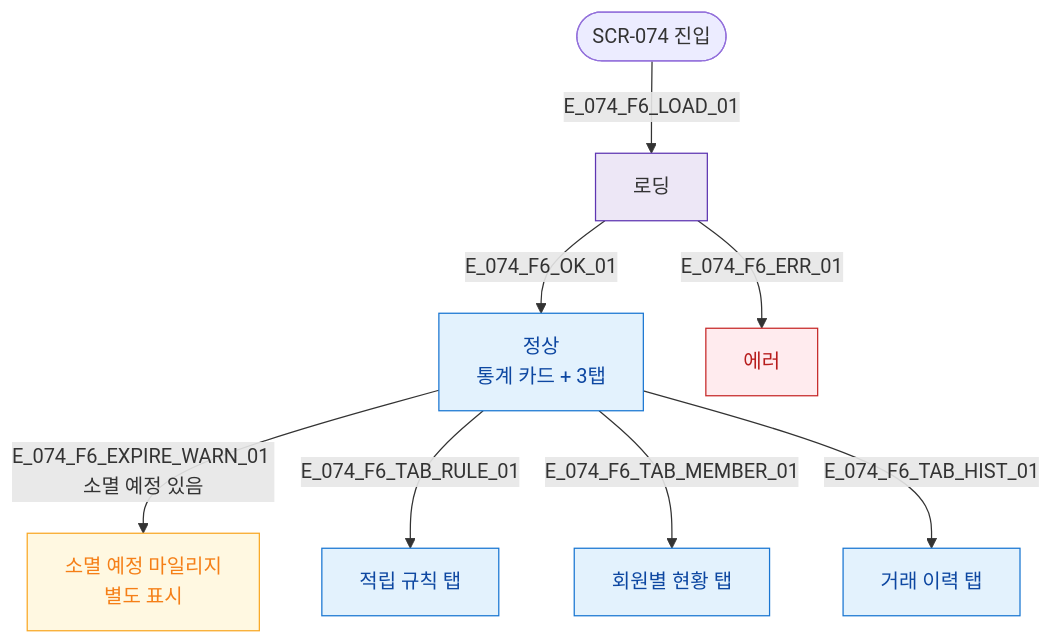
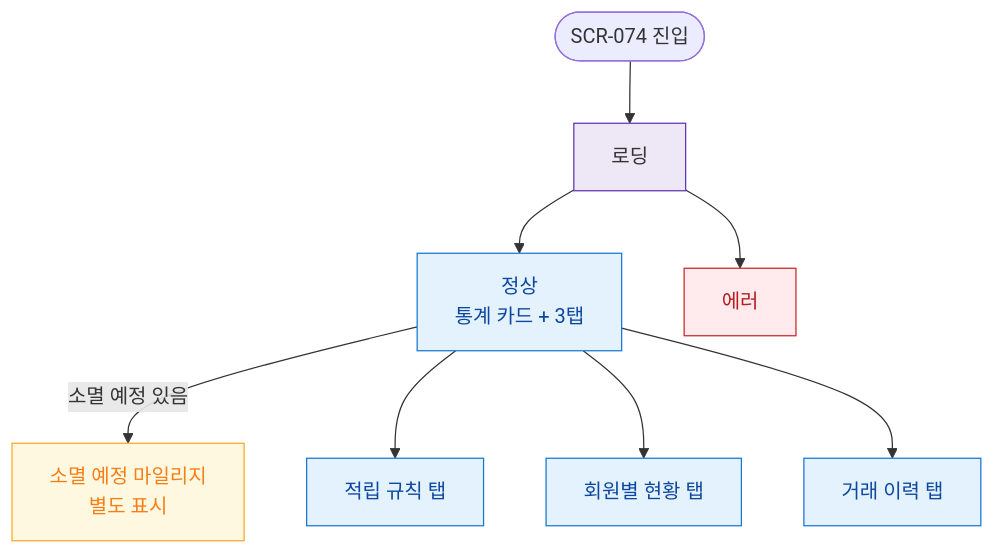
One commit to dev-spogym/admin-pando changed the diagram in docs/다이어그램/D08_마케팅/SCR-074_마일리지관리/F6_상태별화면.md. Above: the diagram before and after it, drawn with Mermaid. The commit also changed other lines of this file and 1660 other files, not shown here.

First line of the commit message:
다이어그램: 기획자/클라이언트 납품본으로 정리

````diff
--- a/docs/다이어그램/D08_마케팅/SCR-074_마일리지관리/F6_상태별화면.md
+++ b/docs/다이어그램/D08_마케팅/SCR-074_마일리지관리/F6_상태별화면.md
@@ -14,22 +12,22 @@
 ```mermaid
 flowchart TD
   ENTER([SCR-074 진입])
-  ENTER -->|E_074_F6_LOAD_01| STATE_LOADING[로딩]
-  STATE_LOADING -->|E_074_F6_OK_01| STATE_NORMAL[정상\n통계 카드 + 3탭]
-  STATE_LOADING -->|E_074_F6_ERR_01| STATE_ERR[에러]
+  ENTER --> STATE_LOADING[로딩]
+  STATE_LOADING --> STATE_NORMAL[정상\n통계 카드 + 3탭]
+  STATE_LOADING --> STATE_ERR[에러]
 
-  STATE_NORMAL -->|E_074_F6_EXPIRE_WARN_01 소멸 예정 있음| EXPIRE_WARN[소멸 예정 마일리지\n별도 표시]
-  STATE_NORMAL -->|E_074_F6_TAB_RULE_01| TAB_RULE[적립 규칙 탭]
-  STATE_NORMAL -->|E_074_F6_TAB_MEMBER_01| TAB_MEMBER[회원별 현황 탭]
-  STATE_NORMAL -->|E_074_F6_TAB_HIST_01| TAB_HIST[거래 이력 탭]
+  STATE_NORMAL -->|소멸 예정 있음|EXPIRE_WARN[소멸 예정 마일리지\n별도 표시]
+  STATE_NORMAL --> TAB_RULE[적립 규칙 탭]
+  STATE_NORMAL --> TAB_MEMBER[회원별 현황 탭]
+  STATE_NORMAL --> TAB_HIST[거래 이력 탭]
 
-  classDef screen  fill:#E3F2FD,stroke:#1976D2,color:#0D47A1
-  classDef system  fill:#EDE7F6,stroke:#5E35B2
-  classDef error   fill:#FFEBEE,stroke:#C62828,color:#B71C1C
+  classDef screen fill:#E3F2FD,stroke:#1976D2,color:#0D47A1
+  classDef system fill:#EDE7F6,stroke:#5E35B2
+  classDef error fill:#FFEBEE,stroke:#C62828,color:#B71C1C
   classDef warning fill:#FFF8E1,stroke:#F9A825,color:#F57F17
 
   class STATE_NORMAL,TAB_RULE,TAB_MEMBER,TAB_HIST screen
   class STATE_LOADING system
   class STATE_ERR error
   class EXPIRE_WARN warning
 ```
````
